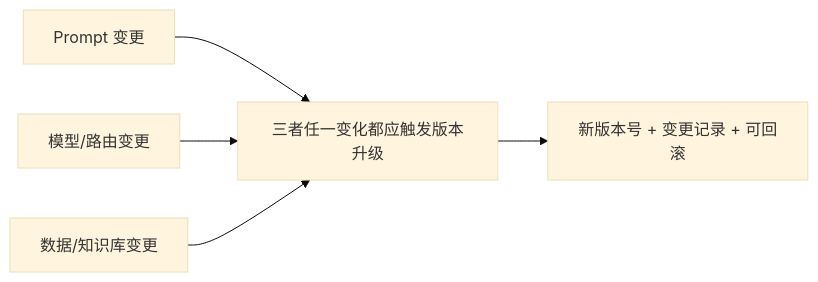
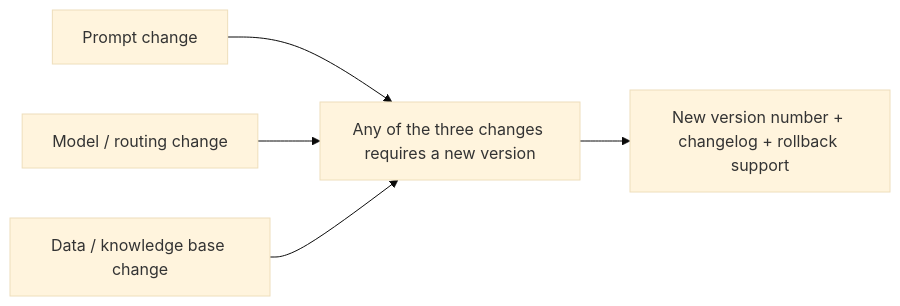
Before and after one commit to oneleaveknowsthefall/awesome-ai-roadmap: the diagram in docs/engineering/05-release-pipeline/09-prompt-model-data-versioning.md, drawn with Mermaid (base theme). The commit also changed other lines of this file and 82 other files, not shown here.

````diff
--- a/docs/engineering/05-release-pipeline/09-prompt-model-data-versioning.md
+++ b/docs/engineering/05-release-pipeline/09-prompt-model-data-versioning.md
@@ -11,7 +11,7 @@
 ```mermaid
 flowchart LR
-    P["Prompt 变更"] --> V["三者任一变化都应触发版本升级"]
-    M["模型/路由变更"] --> V
-    D["数据/知识库变更"] --> V
-    V --> R["新版本号 + 变更记录 + 可回滚"]
+    P["Prompt change"] --> V["Any of the three changes requires a new version"]
+    M["Model / routing change"] --> V
+    D["Data / knowledge base change"] --> V
+    V --> R["New version number + changelog + rollback support"]
 ```
````
